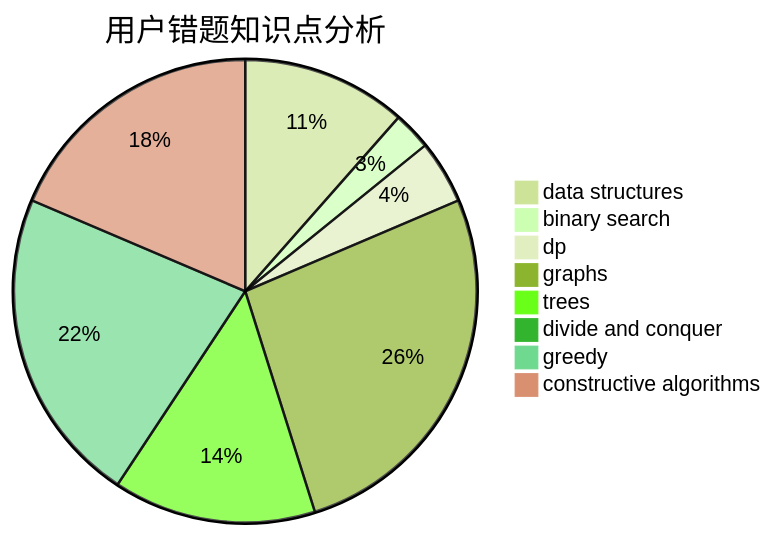
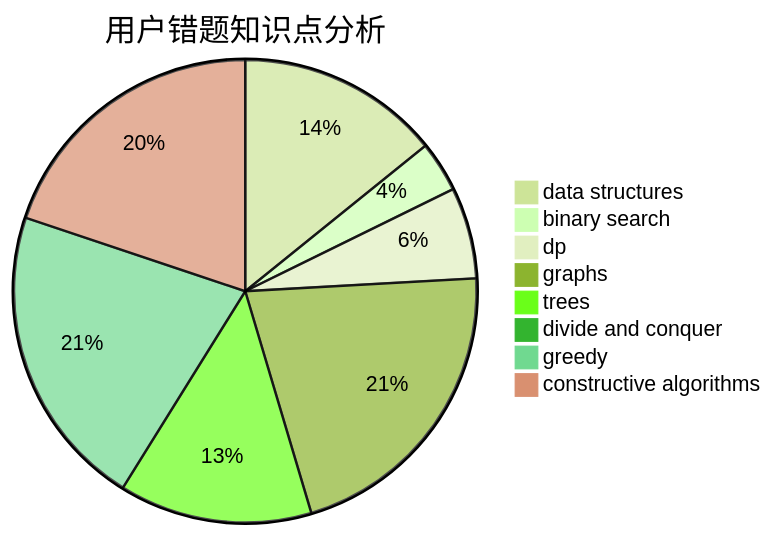
Before and after one commit to sherpahu/cfrs.github.io: the third of 3 diagrams in docs/user/u2471.md, drawn with Mermaid (forest theme). The commit also changed other lines of this file and 2770 other files, not shown here.

````diff
--- a/docs/user/u2471.md
+++ b/docs/user/u2471.md
@@ -36,11 +36,11 @@
 ```mermaid
 pie title 用户错题知识点分析
-    "data structures" :  13
-    "binary search" :  3
-    "dp" :  5
+    "data structures" :  20
+    "binary search" :  5
+    "dp" :  9
     "graphs" :  30
-    "trees" :  16
+    "trees" :  19
     "divide and conquer" :  1
-    "greedy" :  25
-    "constructive algorithms" :  21
+    "greedy" :  30
+    "constructive algorithms" :  28
 ```
````
